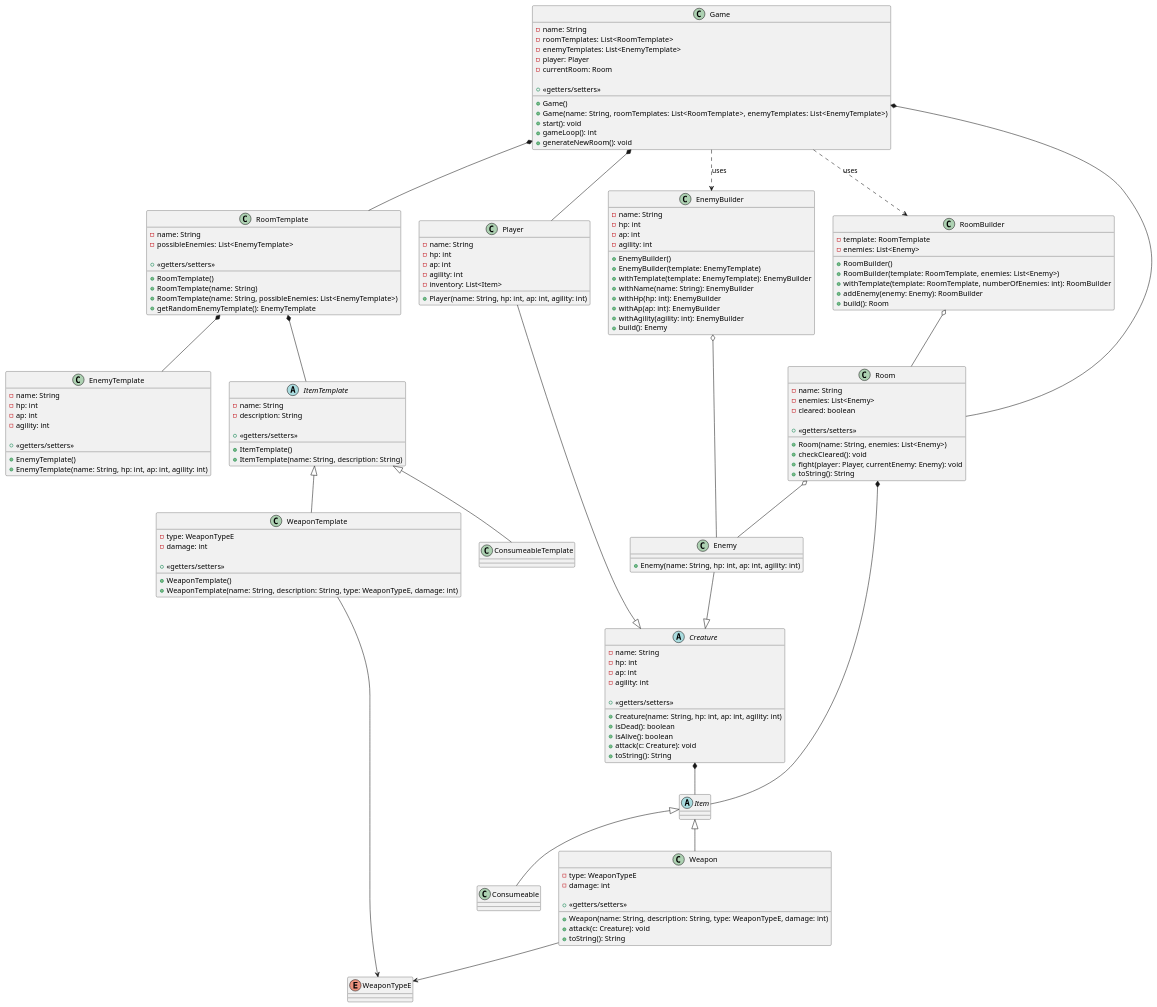
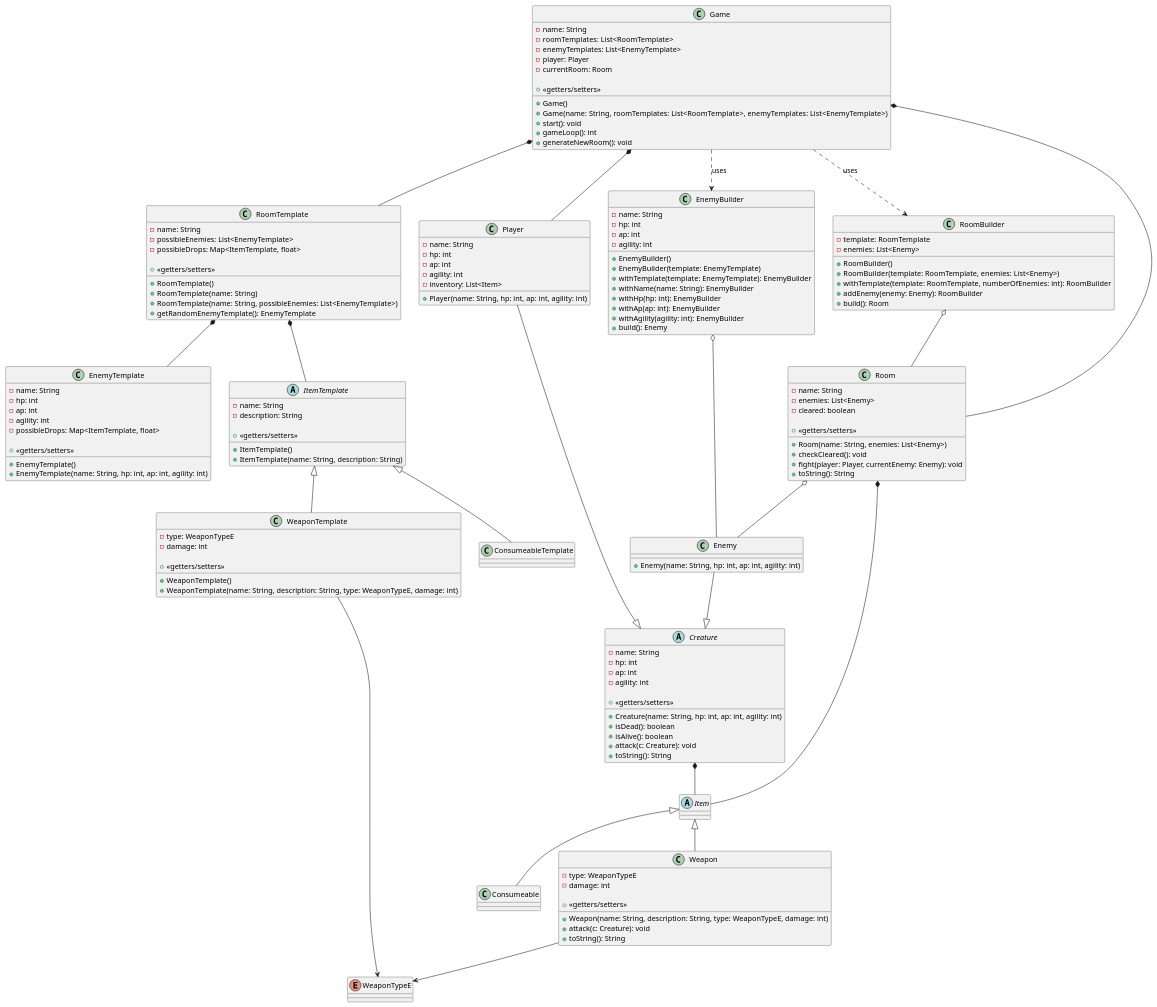
The diagram in docs/arch.puml (LeonOhneH/talesmith), drawn with PlantUML before and after one commit. The commit also changed 4 other files, not shown here.

```diff
--- a/docs/arch.puml
+++ b/docs/arch.puml
@@ -1,195 +1,197 @@
 @startuml ComponentDiagram
 '======================
 '   Domänenklassen
 '======================
 class Game {
     - name: String
     - roomTemplates: List<RoomTemplate>
     - enemyTemplates: List<EnemyTemplate>
     - player: Player
     - currentRoom: Room
 
     + Game()
     + Game(name: String, roomTemplates: List<RoomTemplate>, enemyTemplates: List<EnemyTemplate>)
     + start(): void
     + gameLoop(): int
     + generateNewRoom(): void
     + <<getters/setters>>
 }
 
 class Room {
     - name: String
     - enemies: List<Enemy>
     - cleared: boolean
 
     + Room(name: String, enemies: List<Enemy>)
     + checkCleared(): void
     + fight(player: Player, currentEnemy: Enemy): void
     + toString(): String
     + <<getters/setters>>
 }
 
 abstract class Creature {
     - name: String
     - hp: int
     - ap: int
     - agility: int
 
     + Creature(name: String, hp: int, ap: int, agility: int)
     + isDead(): boolean
     + isAlive(): boolean
     + attack(c: Creature): void
     + toString(): String
     + <<getters/setters>>
 }
 
 class Player {
     - name: String
     - hp: int
     - ap: int
     - agility: int
     - inventory: List<Item>
 
     + Player(name: String, hp: int, ap: int, agility: int)
 
 }
 
 
 class Enemy {
     + Enemy(name: String, hp: int, ap: int, agility: int)
 }
 
 abstract class Item {
 
 }
 
 class Weapon {
     - type: WeaponTypeE
     - damage: int
 
     + Weapon(name: String, description: String, type: WeaponTypeE, damage: int)
     + attack(c: Creature): void
     + toString(): String
     + <<getters/setters>>
 }
 
 class Consumeable {
 
 }
 
 '======================
 '   Template-Klassen
 '======================
 
 together {
     class RoomTemplate {
         - name: String
         - possibleEnemies: List<EnemyTemplate>
+        - possibleDrops: Map<ItemTemplate, float>
 
         + RoomTemplate()
         + RoomTemplate(name: String)
         + RoomTemplate(name: String, possibleEnemies: List<EnemyTemplate>)
         + getRandomEnemyTemplate(): EnemyTemplate
         + <<getters/setters>>
     }
 
     class EnemyTemplate {
         - name: String
         - hp: int
         - ap: int
         - agility: int
+        - possibleDrops: Map<ItemTemplate, float>
 
         + EnemyTemplate()
         + EnemyTemplate(name: String, hp: int, ap: int, agility: int)
         + <<getters/setters>>
     }
 
     abstract class ItemTemplate {
         - name: String
         - description: String
 
         + ItemTemplate()
         + ItemTemplate(name: String, description: String)
         + <<getters/setters>>
     }
 }
 
 class WeaponTemplate {
     - type: WeaponTypeE
     - damage: int
 
     + WeaponTemplate()
     + WeaponTemplate(name: String, description: String, type: WeaponTypeE, damage: int)
     + <<getters/setters>>
 }
 
 enum WeaponTypeE {
 
 }
 
 class ConsumeableTemplate {
 
 }
 
 
 '======================
 '   Builder-Klassen
 '======================
 class RoomBuilder {
     - template: RoomTemplate
     - enemies: List<Enemy>
 
     + RoomBuilder()
     + RoomBuilder(template: RoomTemplate, enemies: List<Enemy>)
     + withTemplate(template: RoomTemplate, numberOfEnemies: int): RoomBuilder
     + addEnemy(enemy: Enemy): RoomBuilder
     + build(): Room
 }
 
 class EnemyBuilder {
     - name: String
     - hp: int
     - ap: int
     - agility: int
 
     + EnemyBuilder()
     + EnemyBuilder(template: EnemyTemplate)
     + withTemplate(template: EnemyTemplate): EnemyBuilder
     + withName(name: String): EnemyBuilder
     + withHp(hp: int): EnemyBuilder
     + withAp(ap: int): EnemyBuilder
     + withAgility(agility: int): EnemyBuilder
     + build(): Enemy
 }
 
 '======================
 '   Beziehungen
 '======================
 Game *-- Room
 Game *-- Player
 Game *-- RoomTemplate
 RoomTemplate *-- EnemyTemplate
 RoomTemplate *-- ItemTemplate
 
 ItemTemplate <|-- WeaponTemplate
 ItemTemplate <|-- ConsumeableTemplate
 
 Game ..> RoomBuilder     : uses
 Game ..> EnemyBuilder    : uses
 
 Room o-- Enemy
 Room *-- Item
 Creature *-- Item
 
 Item <|-- Weapon
 Item <|-- Consumeable
 
 Weapon --> WeaponTypeE
 WeaponTemplate --> WeaponTypeE
 
 Player --|> Creature
 Enemy  --|> Creature
 
 RoomBuilder o-- Room
 EnemyBuilder o-- Enemy
 @enduml
```
